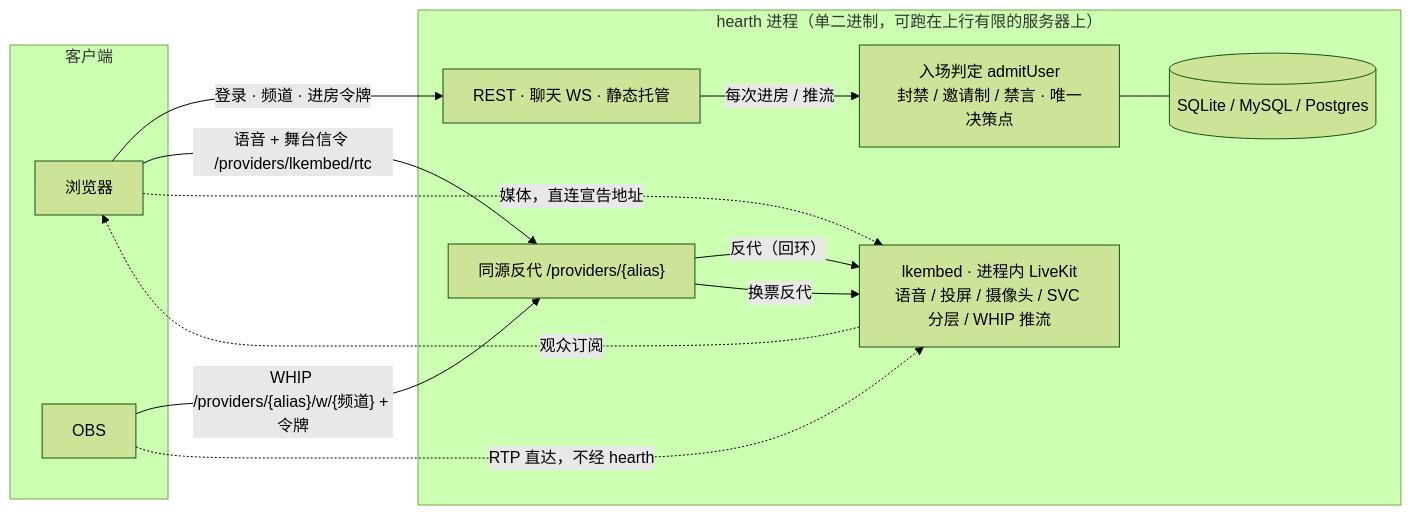
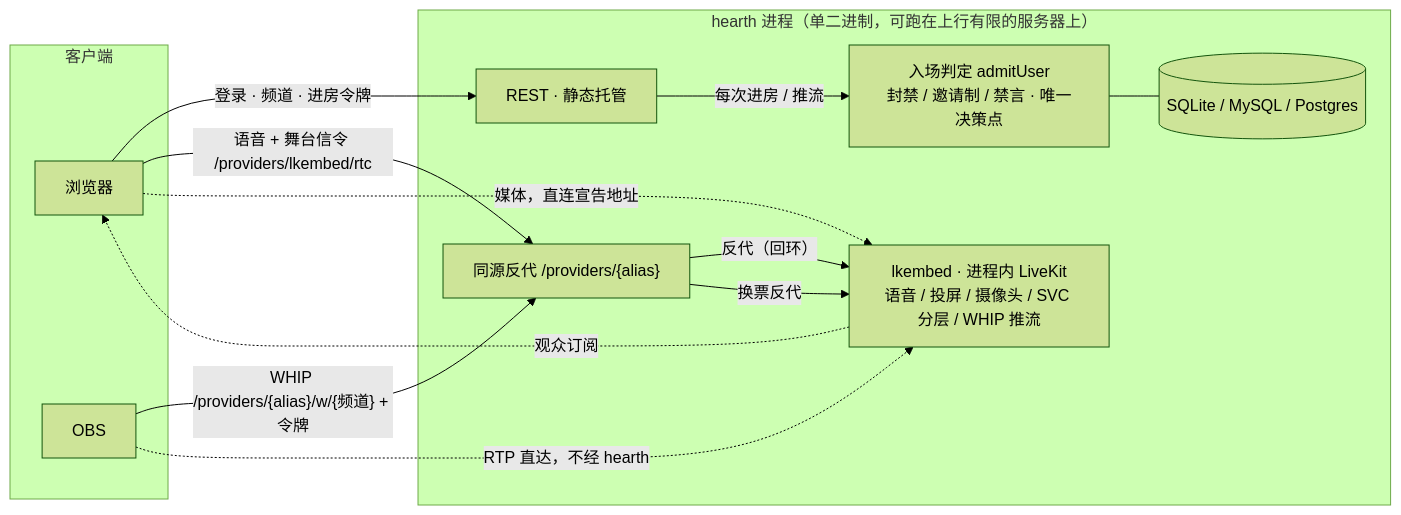
One commit to xiaoshao9704/hearth changed the diagram in README.md. Above: the diagram before and after it, drawn with Mermaid (forest theme). The commit also changed other lines of this file and 19 other files, not shown here.

````diff
--- a/README.md
+++ b/README.md
@@ -25,28 +25,28 @@
 ```mermaid
 flowchart LR
   subgraph clients["客户端"]
     B["浏览器"]
     O["OBS"]
   end
 
   subgraph hearth["hearth 进程（单二进制，可跑在上行有限的服务器上）"]
-    API["REST · 聊天 WS · 静态托管"]
+    API["REST · 静态托管"]
     ADM["入场判定 admitUser<br/>封禁 / 邀请制 / 禁言 · 唯一决策点"]
     DB[("SQLite / MySQL / Postgres")]
     LKE["lkembed · 进程内 LiveKit<br/>语音 / 投屏 / 摄像头 / SVC 分层 / WHIP 推流"]
     PRX["同源反代 /providers/{alias}"]
   end
 
   B -- "登录 · 频道 · 进房令牌" --> API
   API -- "每次进房 / 推流" --> ADM
   ADM --- DB
 
   B -- "语音 + 舞台信令 /providers/lkembed/rtc" --> PRX
   PRX -- "反代（回环）" --> LKE
   B -. "媒体，直连宣告地址" .-> LKE
   LKE -. "观众订阅" .-> B
 
   O -- "WHIP /providers/{alias}/w/{频道} + 令牌" --> PRX
   PRX -- "换票反代" --> LKE
   O -. "RTP 直达，不经 hearth" .-> LKE
 ```
````
